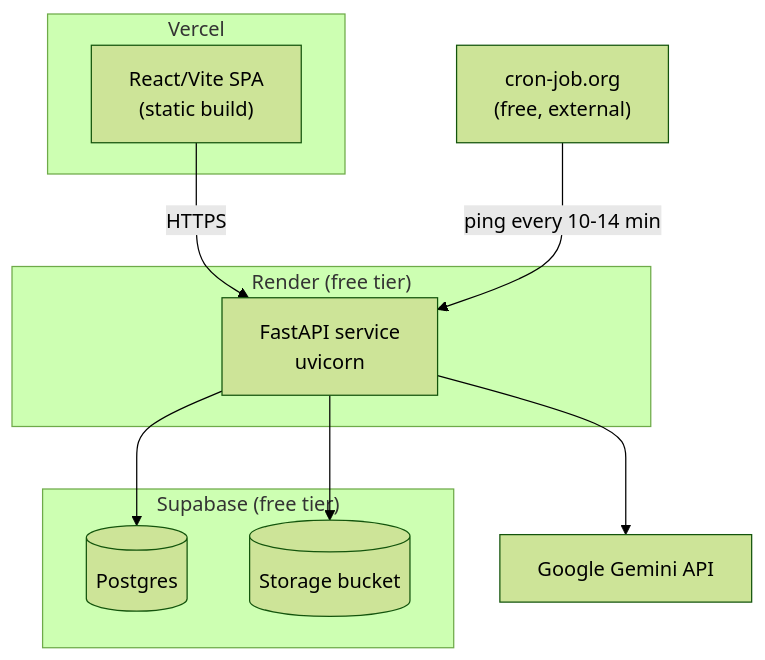
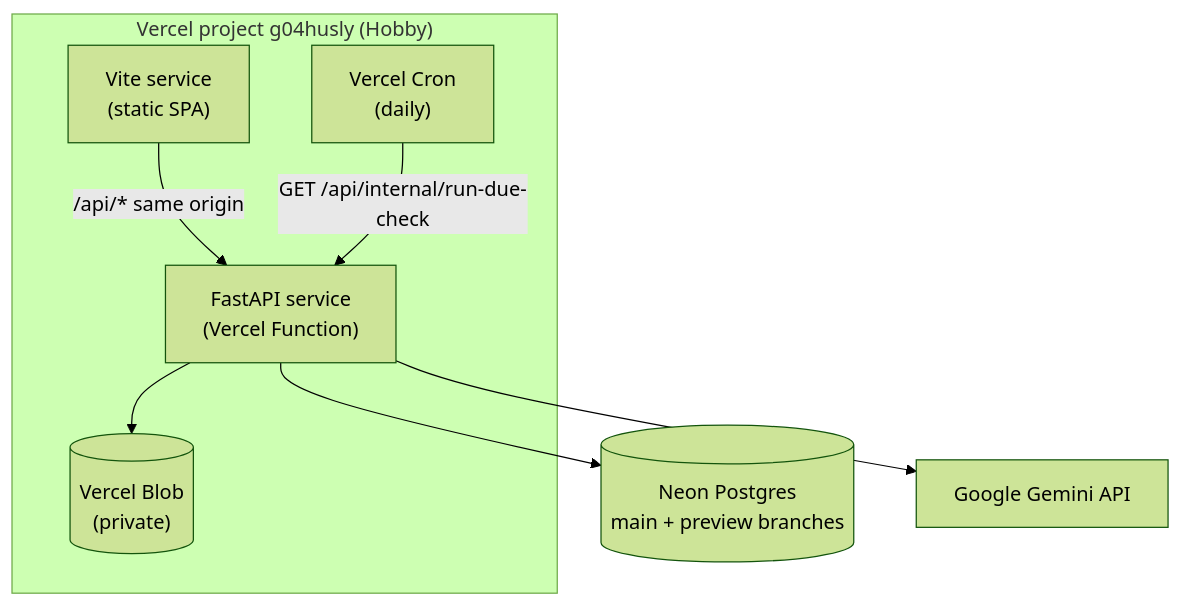
Before and after one commit to IBE160-2026/G04-auganaes-elvik-hannah: the second of 3 diagrams in _bmad-output/planning-artifacts/architecture/architecture-prosjektoppgave-ibe160-2026-10-04/ARCHITECTURE-SPINE.md, drawn with Mermaid (forest theme). The commit also changed other lines of this file and 1 other file, not shown here.

First line of the commit message:
Flytt hostet demo til Vercel i arkitekturen (correct-course)

````diff
--- a/_bmad-output/planning-artifacts/architecture/architecture-prosjektoppgave-ibe160-2026-10-04/ARCHITECTURE-SPINE.md
+++ b/_bmad-output/planning-artifacts/architecture/architecture-prosjektoppgave-ibe160-2026-10-04/ARCHITECTURE-SPINE.md
@@ -181,20 +187,16 @@
 ```mermaid
 graph TB
-  subgraph Vercel
-    FE["React/Vite SPA\n(static build)"]
+  subgraph Vercel["Vercel project g04husly (Hobby)"]
+    FE["Vite service\n(static SPA)"]
+    BE["FastAPI service\n(Vercel Function)"]
+    CRON["Vercel Cron\n(daily)"]
+    OBJ[("Vercel Blob\n(private)")]
   end
-  subgraph Render["Render (free tier)"]
-    BE["FastAPI service\nuvicorn"]
-  end
-  subgraph Supabase["Supabase (free tier)"]
-    PG[("Postgres")]
-    OBJ[("Storage bucket")]
-  end
-  CRON["cron-job.org\n(free, external)"]
+  PG[("Neon Postgres\nmain + preview branches")]
   GEMINI["Google Gemini API"]
-  FE -->|HTTPS| BE
+  FE -->|"/api/* same origin"| BE
+  CRON -->|"GET /api/internal/run-due-check"| BE
   BE --> PG
   BE --> OBJ
   BE --> GEMINI
-  CRON -->|ping every 10-14 min| BE
 ```
````
